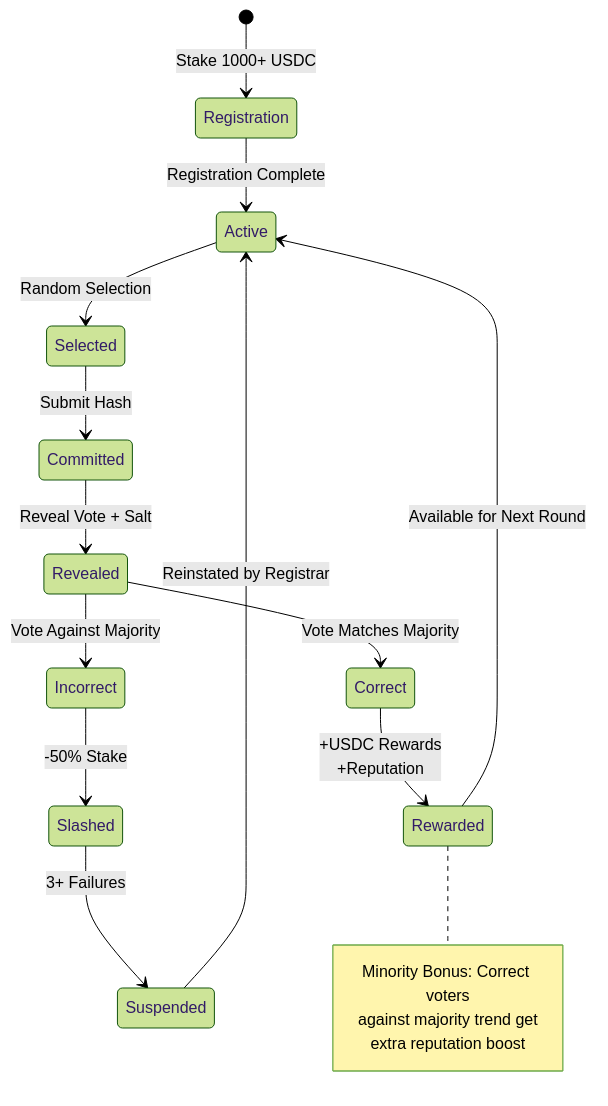
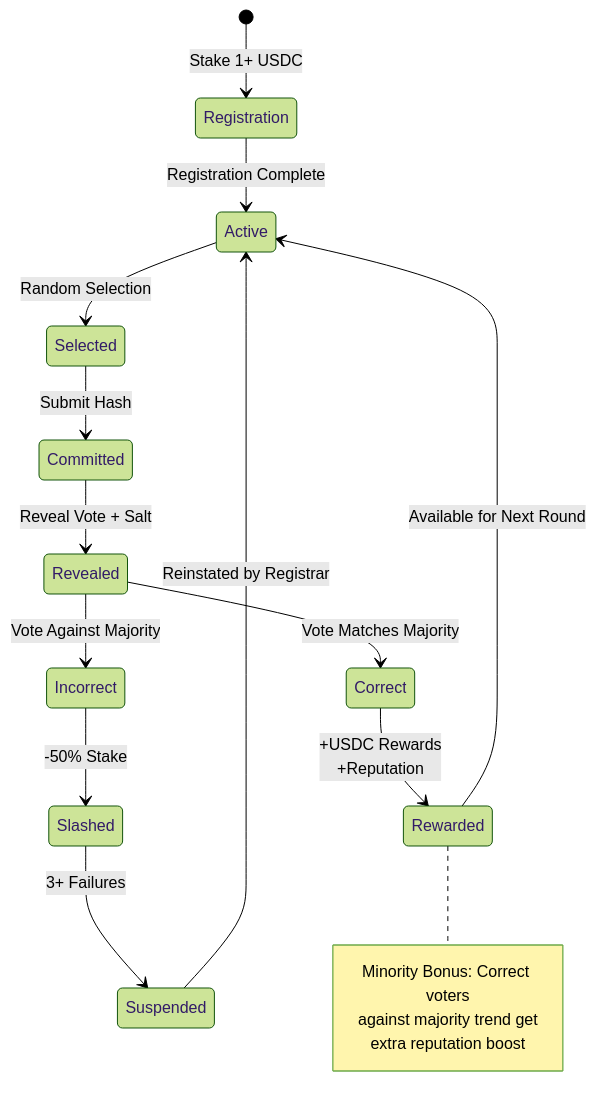
The second of 8 diagrams in contracts/README.md (ungaro/departmentofpredictions), drawn with Mermaid (forest theme) before and after one commit. The commit also changed other lines of this file and 9 other files, not shown here.

````diff
--- a/contracts/README.md
+++ b/contracts/README.md
@@ -68,26 +68,26 @@
 ```mermaid
 stateDiagram-v2
-    [*] --> Registration: Stake 1000+ USDC
+    [*] --> Registration: Stake 1+ USDC
     Registration --> Active: Registration Complete
     
     Active --> Selected: Random Selection
     Selected --> Committed: Submit Hash
     Committed --> Revealed: Reveal Vote + Salt
     
     Revealed --> Correct: Vote Matches Majority
     Revealed --> Incorrect: Vote Against Majority
     
     Correct --> Rewarded: +USDC Rewards<br/>+Reputation
     Incorrect --> Slashed: -50% Stake
     
     Slashed --> Suspended: 3+ Failures
     Suspended --> Active: Reinstated by Registrar
 
     Rewarded --> Active: Available for Next Round
     
     note right of Rewarded
         Minority Bonus: Correct voters
         against majority trend get
         extra reputation boost
     end note
 ```
````
